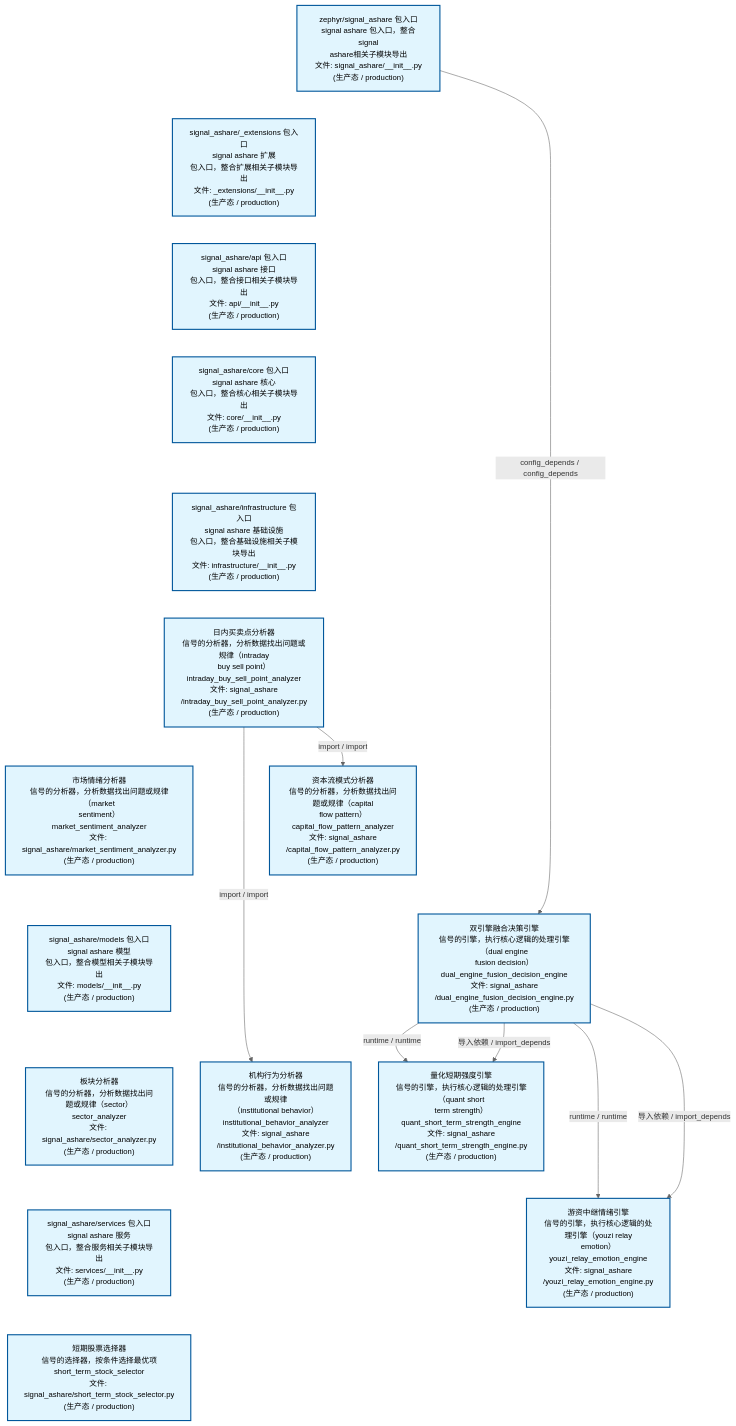
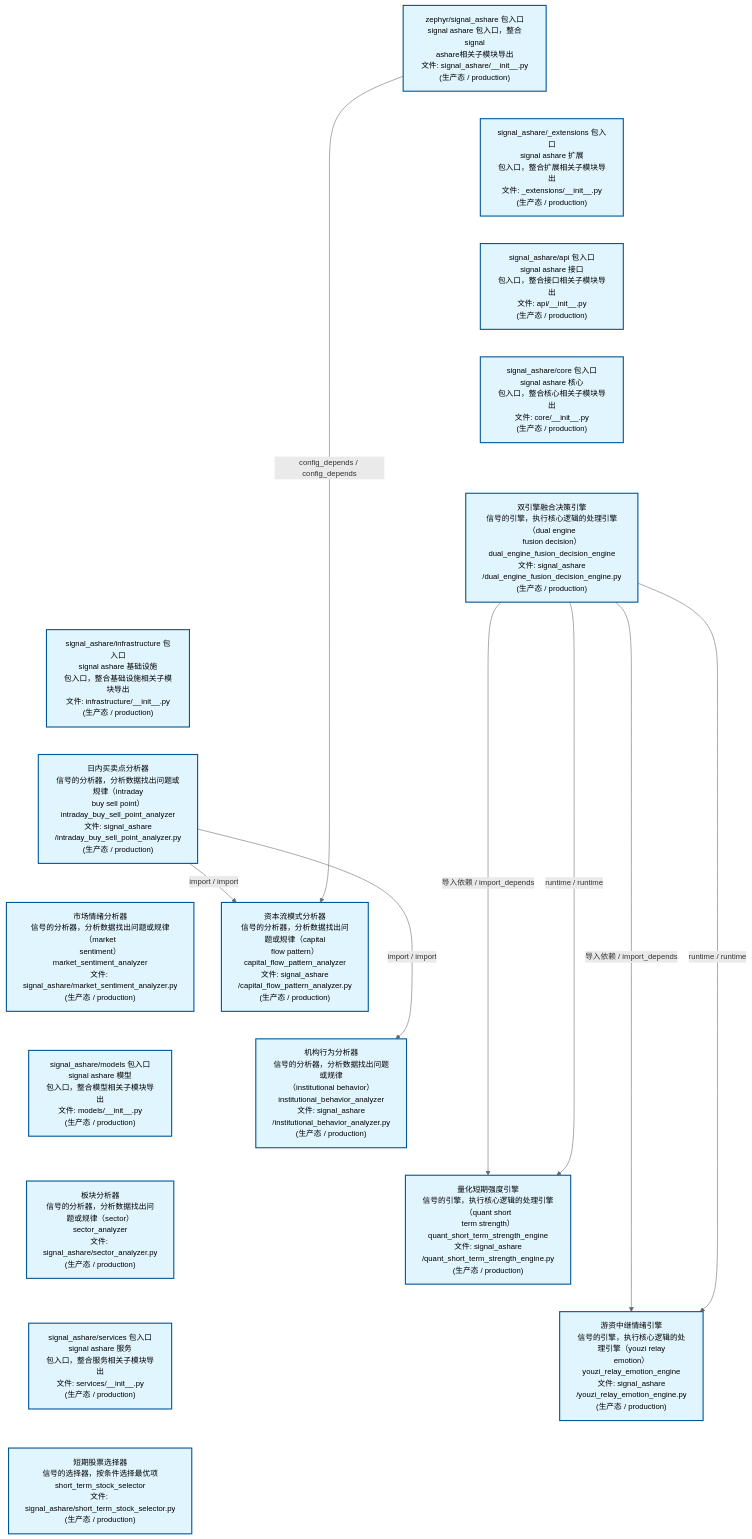
The second of 4 diagrams in docs/02_enterprise_architecture/02_domain_architecture_docs/32_d_ashare_signal.md (xuanFelixVan/ZephyrAlpha), drawn with Mermaid before and after one commit. The commit also changed other lines of this file and 78 other files, not shown here.

````diff
--- a/docs/02_enterprise_architecture/02_domain_architecture_docs/32_d_ashare_signal.md
+++ b/docs/02_enterprise_architecture/02_domain_architecture_docs/32_d_ashare_signal.md
@@ -163,45 +163,46 @@
 ```mermaid
 %%{init: {'theme': 'base', 'themeVariables': {'primaryColor': '#eaeaea', 'primaryTextColor': '#333333', 'primaryBorderColor': '#666666', 'lineColor': '#666666', 'secondaryColor': '#eaeaea', 'tertiaryColor': '#eaeaea', 'fontSize': '14px'}}}%%
 flowchart TD
     src_zephyr_signal_ashare_init_py["zephyr/signal_ashare 包入口<br/>signal ashare 包入口，整合signal<br/>ashare相关子模块导出<br/>文件: signal_ashare/__init__.py<br/>(生产态 / production)"]
     src_zephyr_signal_ashare_extensions_init_py["signal_ashare/_extensions 包入口<br/>signal ashare 扩展<br/>包入口，整合扩展相关子模块导出<br/>文件: _extensions/__init__.py<br/>(生产态 / production)"]
     src_zephyr_signal_ashare_api_init_py["signal_ashare/api 包入口<br/>signal ashare 接口<br/>包入口，整合接口相关子模块导出<br/>文件: api/__init__.py<br/>(生产态 / production)"]
     src_zephyr_signal_ashare_core_init_py["signal_ashare/core 包入口<br/>signal ashare 核心<br/>包入口，整合核心相关子模块导出<br/>文件: core/__init__.py<br/>(生产态 / production)"]
+    src_zephyr_signal_ashare_dual_engine_fusion_decision_engine_py["双引擎融合决策引擎<br/>信号的引擎，执行核心逻辑的处理引擎（dual engine<br/>fusion decision）<br/>dual_engine_fusion_decision_engine<br/>文件: signal_ashare<br/>/dual_engine_fusion_decision_engine.py<br/>(生产态 / production)"]
     src_zephyr_signal_ashare_infrastructure_init_py["signal_ashare/infrastructure 包入口<br/>signal ashare 基础设施<br/>包入口，整合基础设施相关子模块导出<br/>文件: infrastructure/__init__.py<br/>(生产态 / production)"]
     src_zephyr_signal_ashare_intraday_buy_sell_point_analyzer_py["日内买卖点分析器<br/>信号的分析器，分析数据找出问题或规律（intraday<br/>buy sell point）<br/>intraday_buy_sell_point_analyzer<br/>文件: signal_ashare<br/>/intraday_buy_sell_point_analyzer.py<br/>(生产态 / production)"]
     src_zephyr_signal_ashare_market_sentiment_analyzer_py["市场情绪分析器<br/>信号的分析器，分析数据找出问题或规律（market<br/>sentiment）<br/>market_sentiment_analyzer<br/>文件: signal_ashare/market_sentiment_analyzer.py<br/>(生产态 / production)"]
     src_zephyr_signal_ashare_models_init_py["signal_ashare/models 包入口<br/>signal ashare 模型<br/>包入口，整合模型相关子模块导出<br/>文件: models/__init__.py<br/>(生产态 / production)"]
     src_zephyr_signal_ashare_sector_analyzer_py["板块分析器<br/>信号的分析器，分析数据找出问题或规律（sector）<br/>sector_analyzer<br/>文件: signal_ashare/sector_analyzer.py<br/>(生产态 / production)"]
     src_zephyr_signal_ashare_services_init_py["signal_ashare/services 包入口<br/>signal ashare 服务<br/>包入口，整合服务相关子模块导出<br/>文件: services/__init__.py<br/>(生产态 / production)"]
     src_zephyr_signal_ashare_short_term_stock_selector_py["短期股票选择器<br/>信号的选择器，按条件选择最优项<br/>short_term_stock_selector<br/>文件: signal_ashare/short_term_stock_selector.py<br/>(生产态 / production)"]
     src_zephyr_signal_ashare_init_py ~~~ src_zephyr_signal_ashare_extensions_init_py
     src_zephyr_signal_ashare_extensions_init_py ~~~ src_zephyr_signal_ashare_api_init_py
     src_zephyr_signal_ashare_api_init_py ~~~ src_zephyr_signal_ashare_core_init_py
-    src_zephyr_signal_ashare_core_init_py ~~~ src_zephyr_signal_ashare_infrastructure_init_py
+    src_zephyr_signal_ashare_core_init_py ~~~ src_zephyr_signal_ashare_dual_engine_fusion_decision_engine_py
+    src_zephyr_signal_ashare_dual_engine_fusion_decision_engine_py ~~~ src_zephyr_signal_ashare_infrastructure_init_py
     src_zephyr_signal_ashare_infrastructure_init_py ~~~ src_zephyr_signal_ashare_intraday_buy_sell_point_analyzer_py
     src_zephyr_signal_ashare_intraday_buy_sell_point_analyzer_py ~~~ src_zephyr_signal_ashare_market_sentiment_analyzer_py
     src_zephyr_signal_ashare_market_sentiment_analyzer_py ~~~ src_zephyr_signal_ashare_models_init_py
     src_zephyr_signal_ashare_models_init_py ~~~ src_zephyr_signal_ashare_sector_analyzer_py
     src_zephyr_signal_ashare_sector_analyzer_py ~~~ src_zephyr_signal_ashare_services_init_py
     src_zephyr_signal_ashare_services_init_py ~~~ src_zephyr_signal_ashare_short_term_stock_selector_py
     src_zephyr_signal_ashare_capital_flow_pattern_analyzer_py["资本流模式分析器<br/>信号的分析器，分析数据找出问题或规律（capital<br/>flow pattern）<br/>capital_flow_pattern_analyzer<br/>文件: signal_ashare<br/>/capital_flow_pattern_analyzer.py<br/>(生产态 / production)"]
-    src_zephyr_signal_ashare_dual_engine_fusion_decision_engine_py["双引擎融合决策引擎<br/>信号的引擎，执行核心逻辑的处理引擎（dual engine<br/>fusion decision）<br/>dual_engine_fusion_decision_engine<br/>文件: signal_ashare<br/>/dual_engine_fusion_decision_engine.py<br/>(生产态 / production)"]
     src_zephyr_signal_ashare_institutional_behavior_analyzer_py["机构行为分析器<br/>信号的分析器，分析数据找出问题或规律<br/>（institutional behavior）<br/>institutional_behavior_analyzer<br/>文件: signal_ashare<br/>/institutional_behavior_analyzer.py<br/>(生产态 / production)"]
-    src_zephyr_signal_ashare_capital_flow_pattern_analyzer_py ~~~ src_zephyr_signal_ashare_dual_engine_fusion_decision_engine_py
-    src_zephyr_signal_ashare_dual_engine_fusion_decision_engine_py ~~~ src_zephyr_signal_ashare_institutional_behavior_analyzer_py
     src_zephyr_signal_ashare_quant_short_term_strength_engine_py["量化短期强度引擎<br/>信号的引擎，执行核心逻辑的处理引擎（quant short<br/>term strength）<br/>quant_short_term_strength_engine<br/>文件: signal_ashare<br/>/quant_short_term_strength_engine.py<br/>(生产态 / production)"]
     src_zephyr_signal_ashare_youzi_relay_emotion_engine_py["游资中继情绪引擎<br/>信号的引擎，执行核心逻辑的处理引擎（youzi relay<br/>emotion）<br/>youzi_relay_emotion_engine<br/>文件: signal_ashare<br/>/youzi_relay_emotion_engine.py<br/>(生产态 / production)"]
+    src_zephyr_signal_ashare_capital_flow_pattern_analyzer_py ~~~ src_zephyr_signal_ashare_institutional_behavior_analyzer_py
+    src_zephyr_signal_ashare_institutional_behavior_analyzer_py ~~~ src_zephyr_signal_ashare_quant_short_term_strength_engine_py
     src_zephyr_signal_ashare_quant_short_term_strength_engine_py ~~~ src_zephyr_signal_ashare_youzi_relay_emotion_engine_py
+    src_zephyr_signal_ashare_dual_engine_fusion_decision_engine_py -->|导入依赖 / import_depends| src_zephyr_signal_ashare_quant_short_term_strength_engine_py
     src_zephyr_signal_ashare_dual_engine_fusion_decision_engine_py -->|runtime / runtime| src_zephyr_signal_ashare_quant_short_term_strength_engine_py
-    src_zephyr_signal_ashare_dual_engine_fusion_decision_engine_py -->|导入依赖 / import_depends| src_zephyr_signal_ashare_quant_short_term_strength_engine_py
+    src_zephyr_signal_ashare_dual_engine_fusion_decision_engine_py -->|导入依赖 / import_depends| src_zephyr_signal_ashare_youzi_relay_emotion_engine_py
     src_zephyr_signal_ashare_dual_engine_fusion_decision_engine_py -->|runtime / runtime| src_zephyr_signal_ashare_youzi_relay_emotion_engine_py
-    src_zephyr_signal_ashare_dual_engine_fusion_decision_engine_py -->|导入依赖 / import_depends| src_zephyr_signal_ashare_youzi_relay_emotion_engine_py
+    src_zephyr_signal_ashare_intraday_buy_sell_point_analyzer_py -->|import / import| src_zephyr_signal_ashare_capital_flow_pattern_analyzer_py
     src_zephyr_signal_ashare_intraday_buy_sell_point_analyzer_py -->|import / import| src_zephyr_signal_ashare_institutional_behavior_analyzer_py
-    src_zephyr_signal_ashare_intraday_buy_sell_point_analyzer_py -->|import / import| src_zephyr_signal_ashare_capital_flow_pattern_analyzer_py
-    src_zephyr_signal_ashare_init_py -->|config_depends / config_depends| src_zephyr_signal_ashare_dual_engine_fusion_decision_engine_py
+    src_zephyr_signal_ashare_init_py -->|config_depends / config_depends| src_zephyr_signal_ashare_capital_flow_pattern_analyzer_py
     classDef production fill:#e1f5fe,stroke:#01579b,stroke-width:2px,color:#000
     classDef design fill:#fff3e0,stroke:#e65100,stroke-width:2px,color:#000,stroke-dasharray: 5 5
     classDef external_prod fill:#e8f4fd,stroke:#0277bd,stroke-width:1px,color:#000
     classDef external_design fill:#fff8e7,stroke:#ef6c00,stroke-width:1px,color:#000,stroke-dasharray: 5 5
     class src_zephyr_signal_ashare_init_py,src_zephyr_signal_ashare_extensions_init_py,src_zephyr_signal_ashare_api_init_py,src_zephyr_signal_ashare_capital_flow_pattern_analyzer_py,src_zephyr_signal_ashare_core_init_py,src_zephyr_signal_ashare_dual_engine_fusion_decision_engine_py,src_zephyr_signal_ashare_infrastructure_init_py,src_zephyr_signal_ashare_institutional_behavior_analyzer_py,src_zephyr_signal_ashare_intraday_buy_sell_point_analyzer_py,src_zephyr_signal_ashare_market_sentiment_analyzer_py,src_zephyr_signal_ashare_models_init_py,src_zephyr_signal_ashare_quant_short_term_strength_engine_py,src_zephyr_signal_ashare_sector_analyzer_py,src_zephyr_signal_ashare_services_init_py,src_zephyr_signal_ashare_short_term_stock_selector_py,src_zephyr_signal_ashare_youzi_relay_emotion_engine_py production
 ```
````
